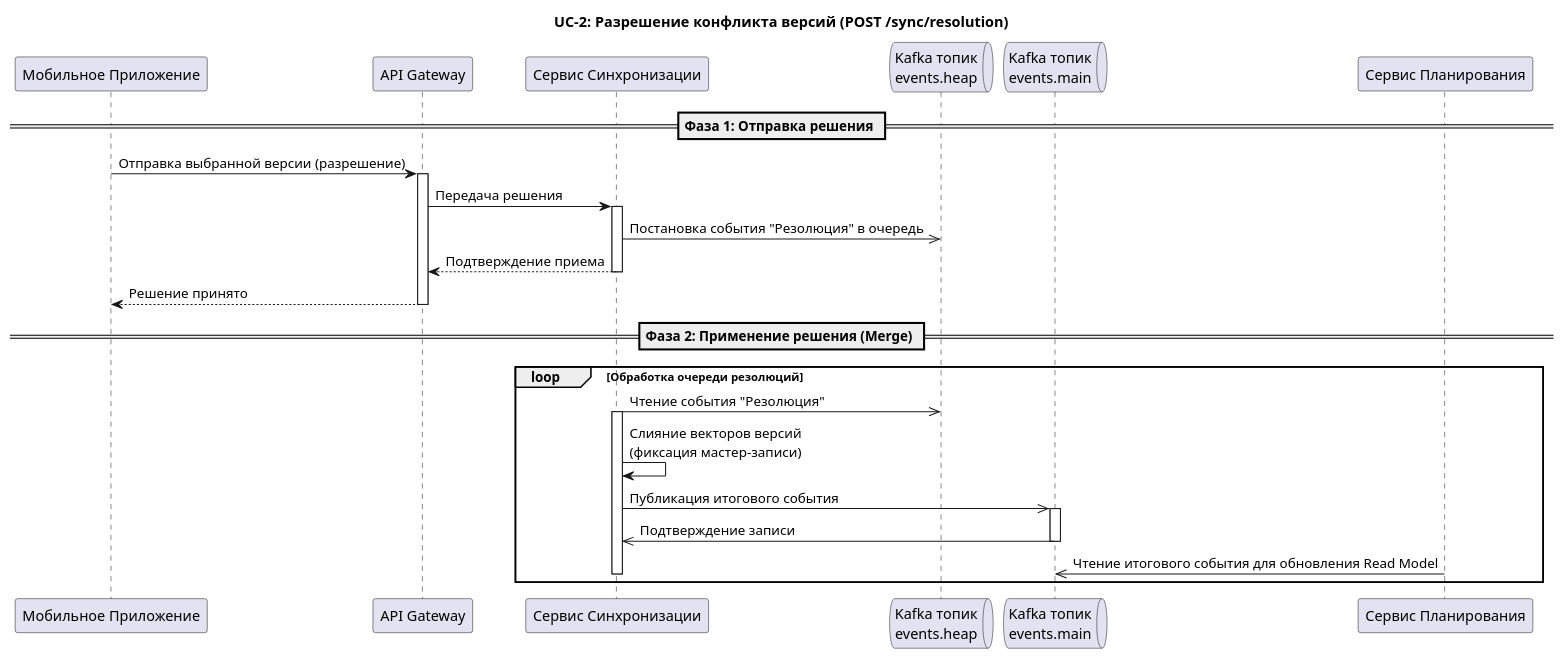
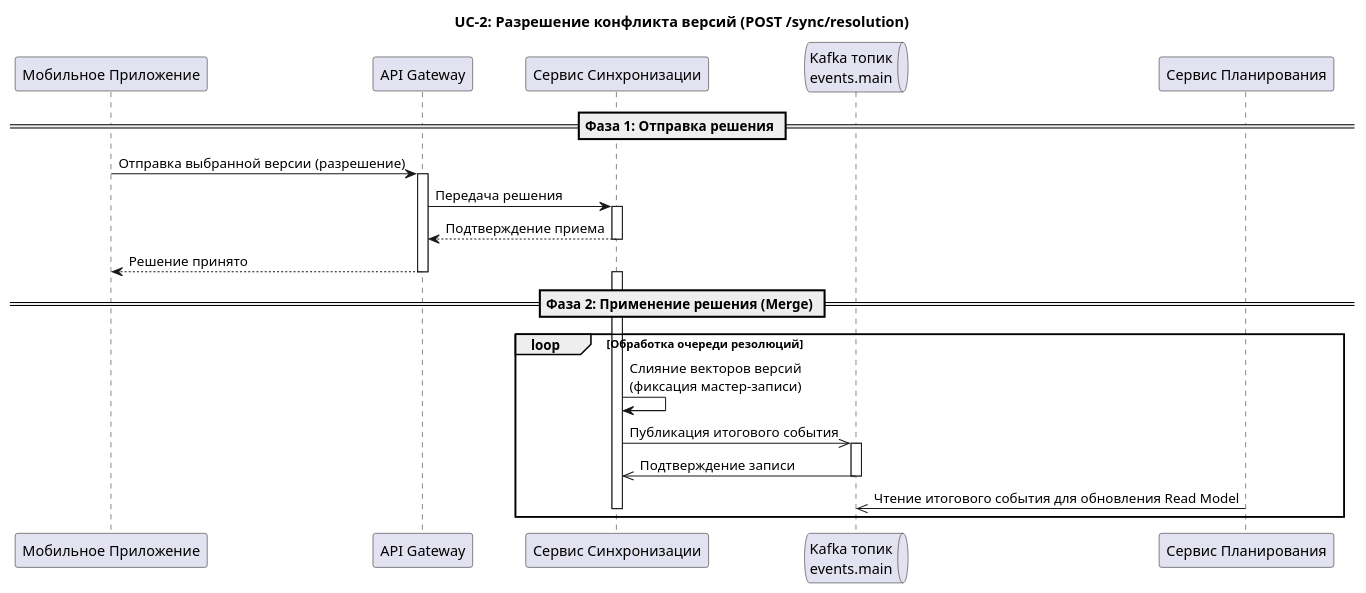
Before and after one commit to yn96k/traveltech-service: the diagram in Диаграммы последовательности/Разрешение конфликта.md, drawn with PlantUML. The commit also changed other lines of this file, not shown here.

Commit message:
Update Разрешение конфликта.md

````diff
--- a/Диаграммы последовательности/Разрешение конфликта.md
+++ b/Диаграммы последовательности/Разрешение конфликта.md
@@ -3,39 +4,35 @@
 ```plantuml
 @startuml
 title UC-2: Разрешение конфликта версий (POST /sync/resolution)
 
 participant "Мобильное Приложение" as App
 participant "API Gateway" as GW
 participant "Сервис Синхронизации" as Sync
-queue "Kafka топик\nevents.heap" as K_heap
 queue "Kafka топик\nevents.main" as K_main
 participant "Сервис Планирования" as Trip
 
 == Фаза 1: Отправка решения ==
 App -> GW: Отправка выбранной версии (разрешение)
 activate GW
 GW -> Sync: Передача решения
 activate Sync
-Sync ->> K_heap: Постановка события "Резолюция" в очередь
 Sync --> GW: Подтверждение приема
 deactivate Sync
 GW --> App: Решение принято
 deactivate GW
 
 == Фаза 2: Применение решения (Merge) ==
 loop Обработка очереди резолюций
-    Sync ->> K_heap: Чтение события "Резолюция"
     activate Sync
-    
     Sync -> Sync: Слияние векторов версий\n(фиксация мастер-записи)
     
     Sync ->> K_main: Публикация итогового события
     activate K_main
     Sync <<- K_main: Подтверждение записи
     deactivate K_main
     
     Trip ->> K_main: Чтение итогового события для обновления Read Model
     deactivate Sync
 end
 @enduml
 ```
````
